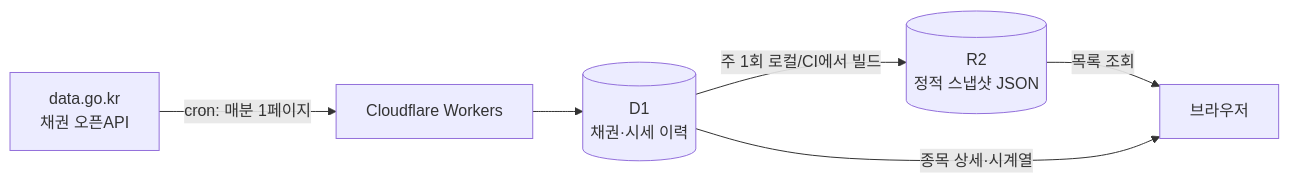
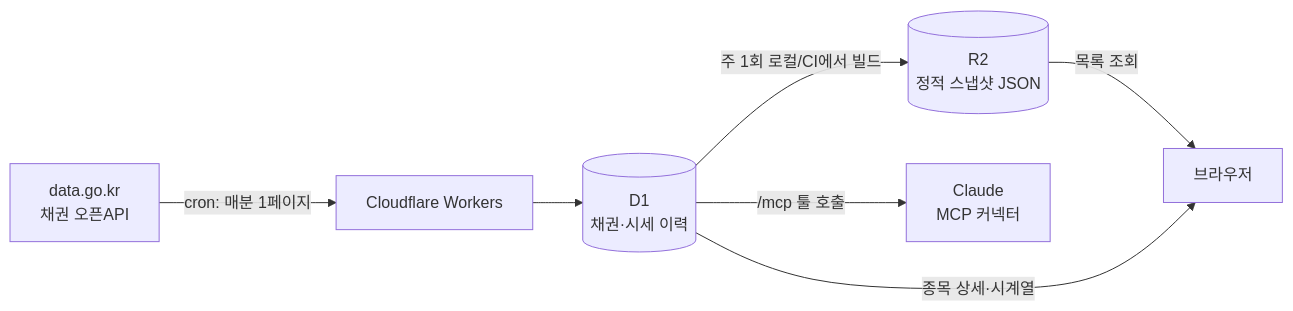
Before and after one commit to PtCookie/bond-screener: the diagram in README.md, drawn with Mermaid. The commit also changed other lines of this file and 4 other files, not shown here.

````diff
--- a/README.md
+++ b/README.md
@@ -11,8 +11,9 @@
 ```mermaid
 flowchart LR
     API[data.go.kr<br/>채권 오픈API] -->|cron: 매분 1페이지| W[Cloudflare Workers]
     W --> D1[(D1<br/>채권·시세 이력)]
     D1 -->|주 1회 로컬/CI에서 빌드| R2[(R2<br/>정적 스냅샷 JSON)]
     R2 -->|목록 조회| C[브라우저]
     D1 -->|종목 상세·시계열| C
+    D1 -->|/mcp 툴 호출| M[Claude<br/>MCP 커넥터]
 ```
````
